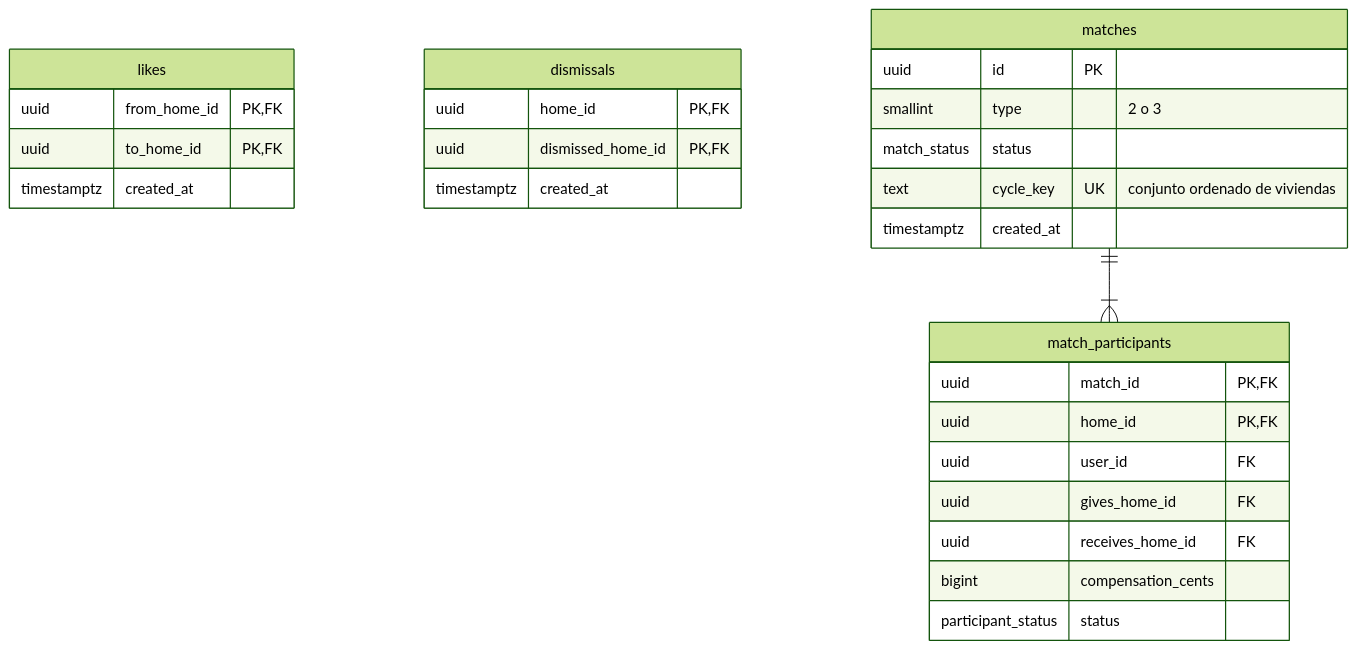
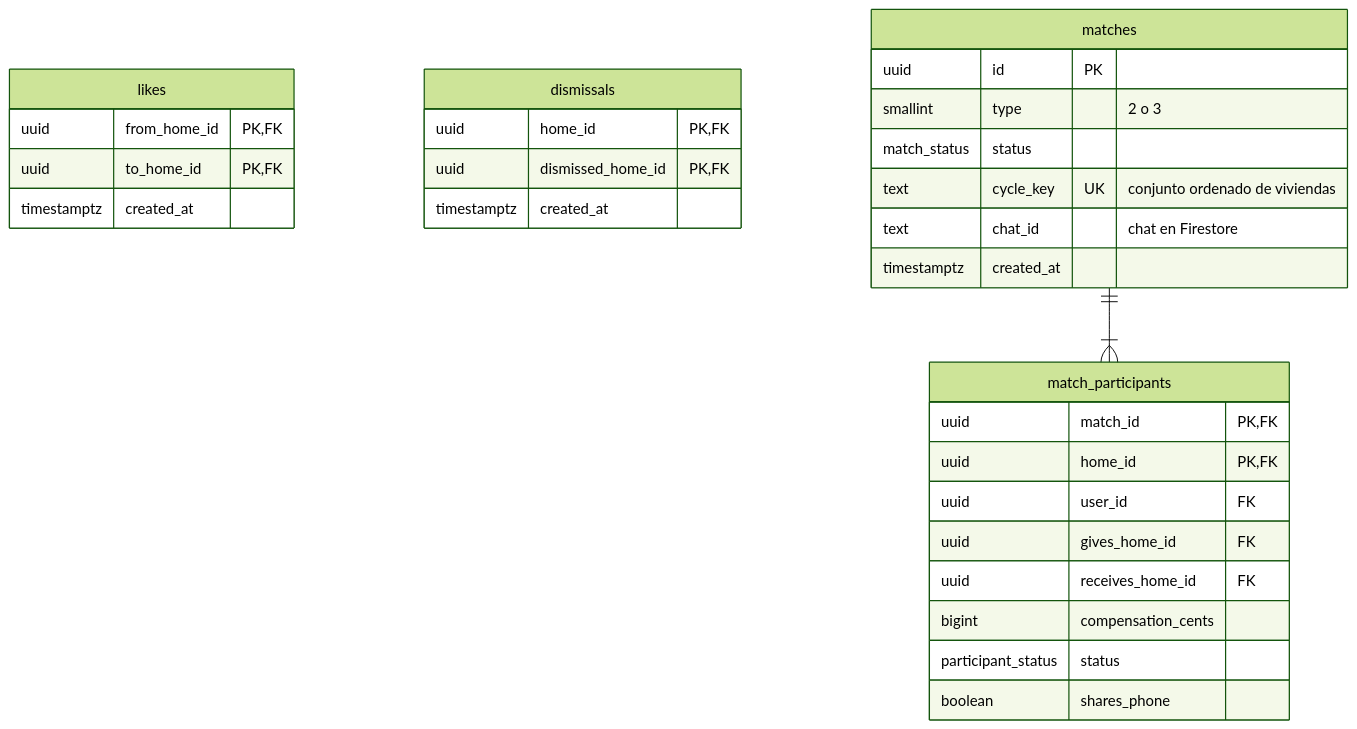
The third of 4 diagrams in docs/datamodel.md (lcasadov/ChangeHouse), drawn with Mermaid (forest theme) before and after one commit. The commit also changed other lines of this file and 11 other files, not shown here.

````diff
--- a/docs/datamodel.md
+++ b/docs/datamodel.md
@@ -109,30 +119,32 @@
 ```mermaid
 erDiagram
     likes {
         uuid from_home_id PK,FK
         uuid to_home_id PK,FK
         timestamptz created_at
     }
     dismissals {
         uuid home_id PK,FK
         uuid dismissed_home_id PK,FK
         timestamptz created_at
     }
     matches {
         uuid id PK
         smallint type "2 o 3"
         match_status status
         text cycle_key UK "conjunto ordenado de viviendas"
+        text chat_id "chat en Firestore"
         timestamptz created_at
     }
     match_participants {
         uuid match_id PK,FK
         uuid home_id PK,FK
         uuid user_id FK
         uuid gives_home_id FK
         uuid receives_home_id FK
         bigint compensation_cents
         participant_status status
+        boolean shares_phone
     }
     matches ||--|{ match_participants : ""
 ```
````
